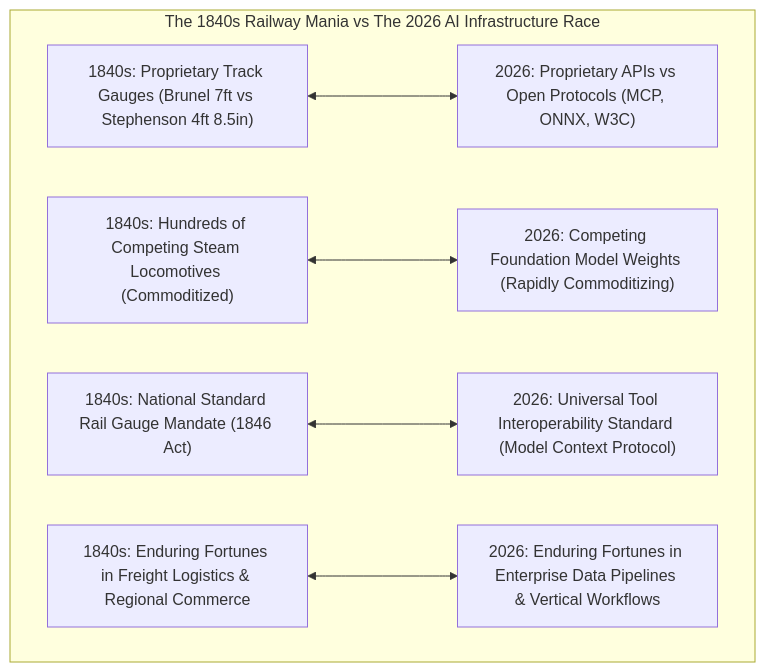
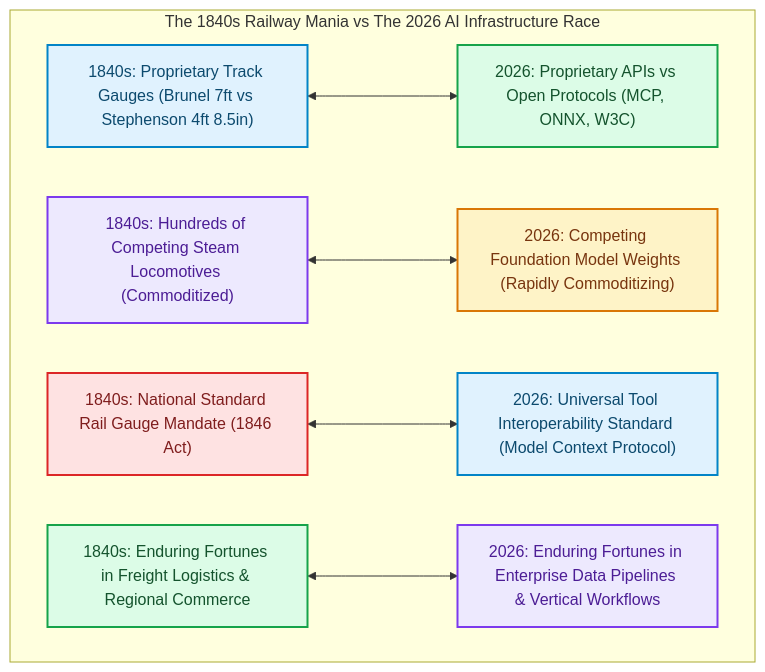
One commit to akmalkhaniub/akmalkhaniub.github.io changed the first of 3 diagrams in blog/posts/railway-mania-ai-model-commoditization-mcp-onnx-protocols.md. Above: the diagram before and after it, drawn with Mermaid. The commit also changed other lines of this file and 1291 other files, not shown here.

First line of the commit message:
feat(catalog): unique covers, scholarly references, and diagram palettes

````diff
--- a/blog/posts/railway-mania-ai-model-commoditization-mcp-onnx-protocols.md
+++ b/blog/posts/railway-mania-ai-model-commoditization-mcp-onnx-protocols.md
@@ -17,9 +17,20 @@
 ```mermaid
 flowchart TD
   subgraph SG1_The1840sRailway ["The 1840s Railway Mania vs The 2026 AI Infrastructure Race"]
     G1840["1840s: Proprietary Track Gauges (Brunel 7ft vs Stephenson 4ft 8.5in)"] <---> G2026["2026: Proprietary APIs vs Open Protocols (MCP, ONNX, W3C)"]
     L1840["1840s: Hundreds of Competing Steam Locomotives (Commoditized)"] <---> L2026["2026: Competing Foundation Model Weights (Rapidly Commoditizing)"]
     R1840["1840s: National Standard Rail Gauge Mandate (1846 Act)"] <---> R2026["2026: Universal Tool Interoperability Standard (Model Context Protocol)"]
     V1840["1840s: Enduring Fortunes in Freight Logistics & Regional Commerce"] <---> V2026["2026: Enduring Fortunes in Enterprise Data Pipelines & Vertical Workflows"]
   end
+
+classDef green fill:#dcfce7,stroke:#16a34a,stroke-width:2px,color:#14532d;
+classDef red fill:#fee2e2,stroke:#dc2626,stroke-width:2px,color:#7f1d1d;
+classDef blue fill:#e0f2fe,stroke:#0284c7,stroke-width:2px,color:#0c4a6e;
+classDef yellow fill:#fef3c7,stroke:#d97706,stroke-width:2px,color:#78350f;
+classDef purple fill:#ede9fe,stroke:#7c3aed,stroke-width:2px,color:#4c1d95;
+class G1840,R2026 blue
+class G2026,V1840 green
+class L1840,V2026 purple
+class L2026 yellow
+class R1840 red
 ```
````
